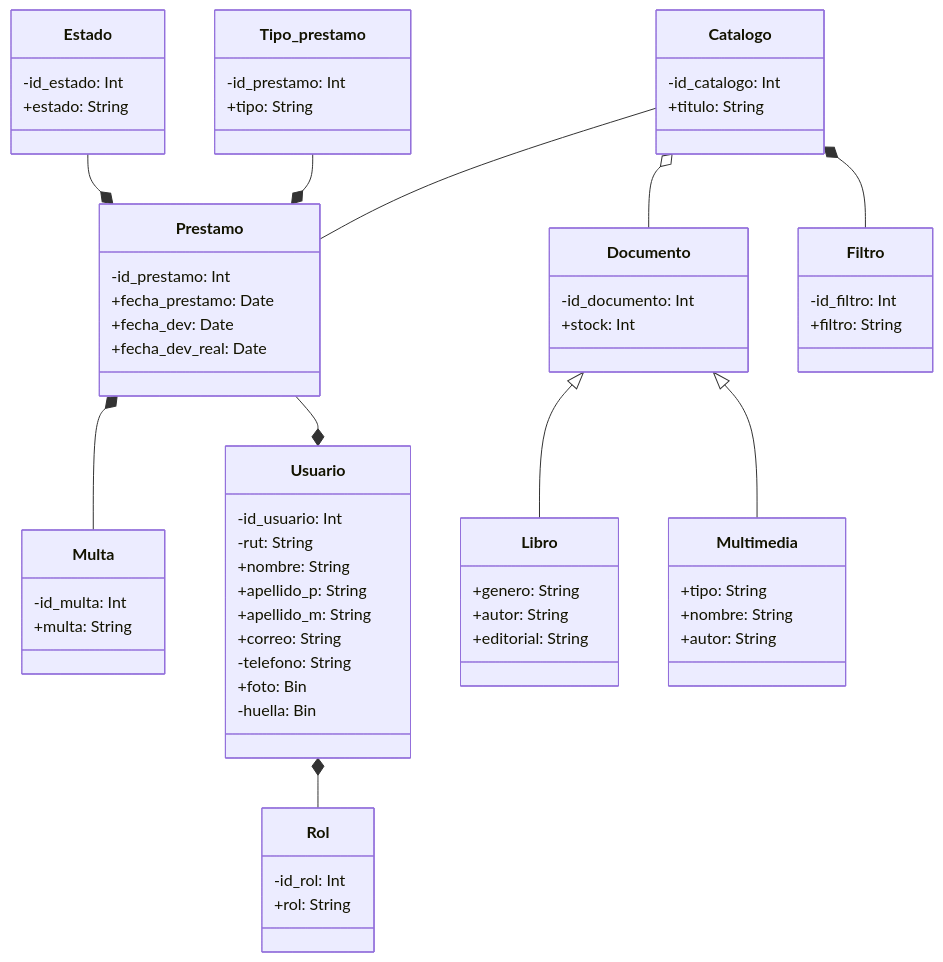
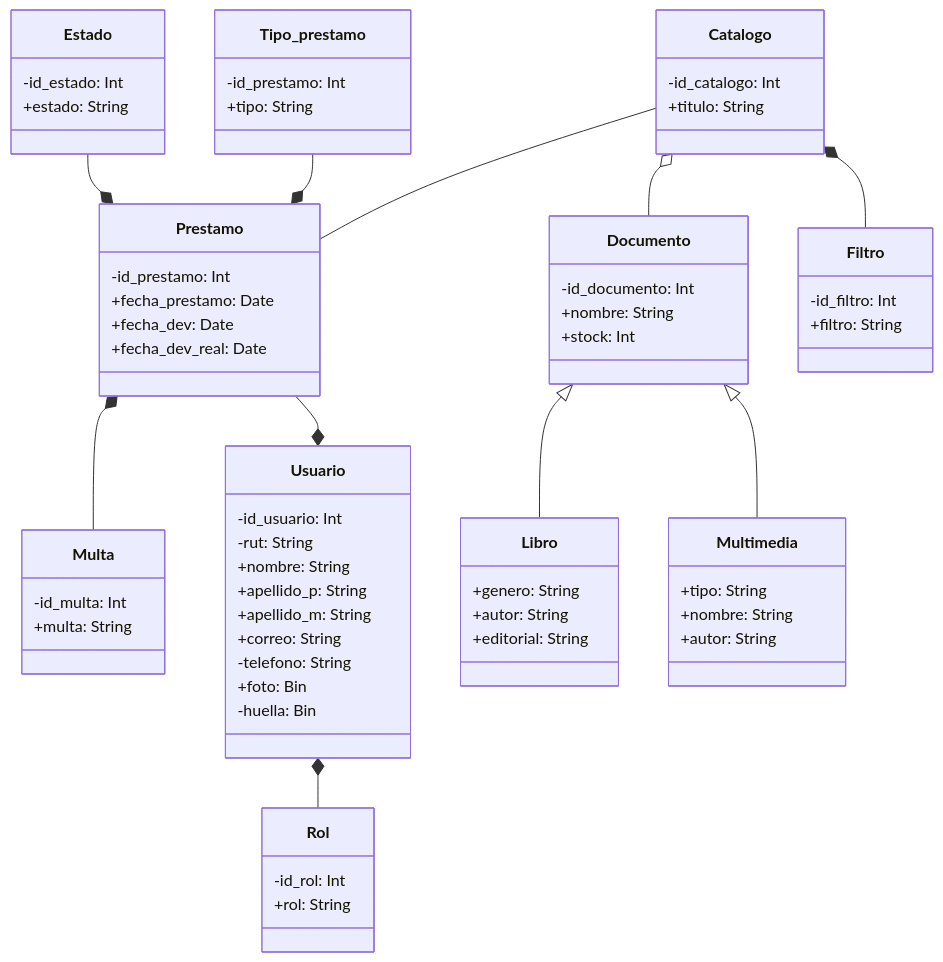
Before and after one commit to Halan07/Biblioteca: the diagram in ReadME.md, drawn with Mermaid.

````diff
--- a/ReadME.md
+++ b/ReadME.md
@@ -76,73 +76,74 @@
 ```mermaid
 classDiagram
 
     Estado --* Prestamo
     Tipo_prestamo --* Prestamo
     Prestamo *-- Multa
     Prestamo --* Usuario
     
     Usuario *-- Rol
     
     Catalogo -- Prestamo
     Catalogo o-- Documento
     Catalogo *-- Filtro
 
     Documento <|-- Libro
     Documento <|-- Multimedia
 
     class Usuario{
         -id_usuario: Int
         -rut: String
         +nombre: String
         +apellido_p: String
         +apellido_m: String
         +correo: String
         -telefono: String
         +foto: Bin
         -huella: Bin
     }
     class Rol{
         -id_rol: Int
         +rol: String
     }
     class Documento{
         -id_documento: Int
+	+nombre: String
         +stock: Int
     }
     class Libro{
         +genero: String
         +autor: String
         +editorial: String
     }
     class Multimedia{
         +tipo: String
         +nombre: String
         +autor: String
     }
     class Prestamo{
         -id_prestamo: Int
         +fecha_prestamo: Date
         +fecha_dev: Date
         +fecha_dev_real: Date
     }
     class Estado{
         -id_estado: Int
         +estado: String
     }
     class Multa{
         -id_multa: Int
         +multa: String
     }
     class Catalogo{
         -id_catalogo: Int
         +titulo: String
     }
     class Filtro{
         -id_filtro: Int
         +filtro: String
     }
     class Tipo_prestamo{
         -id_prestamo: Int
         +tipo: String
     }
 ```
````
